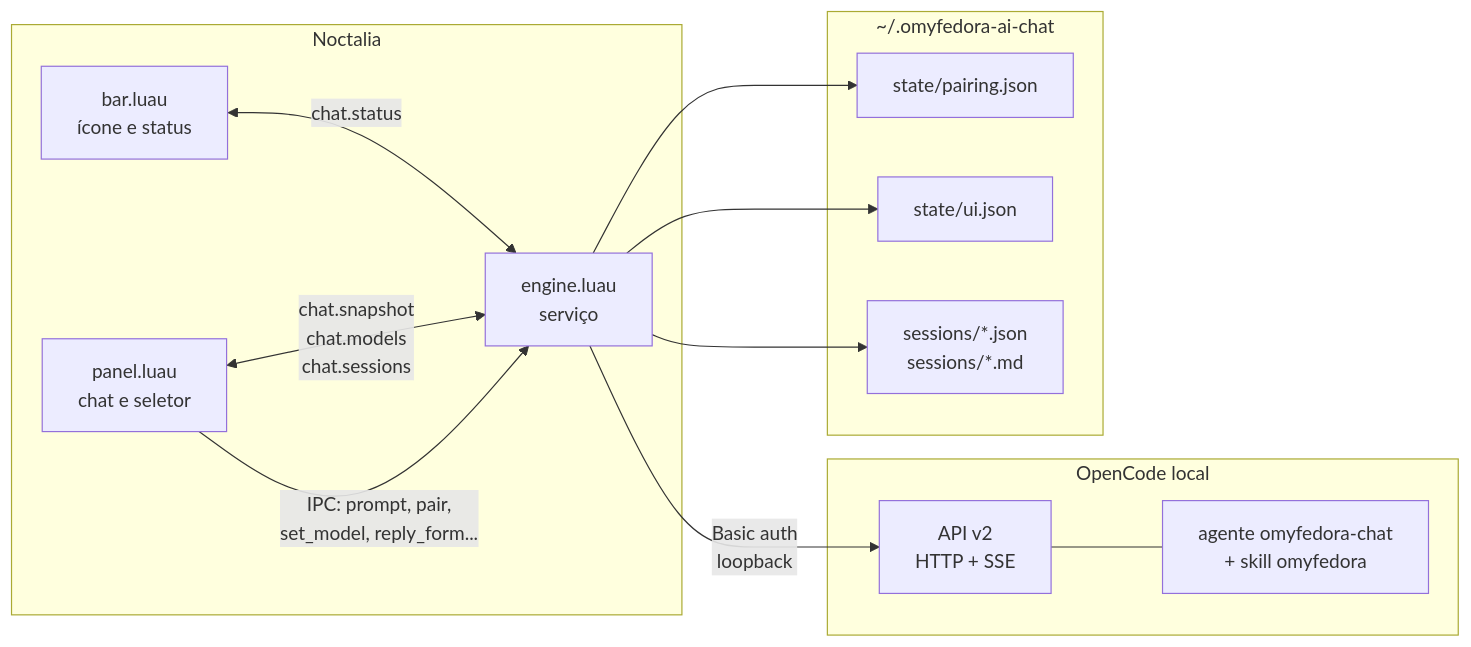
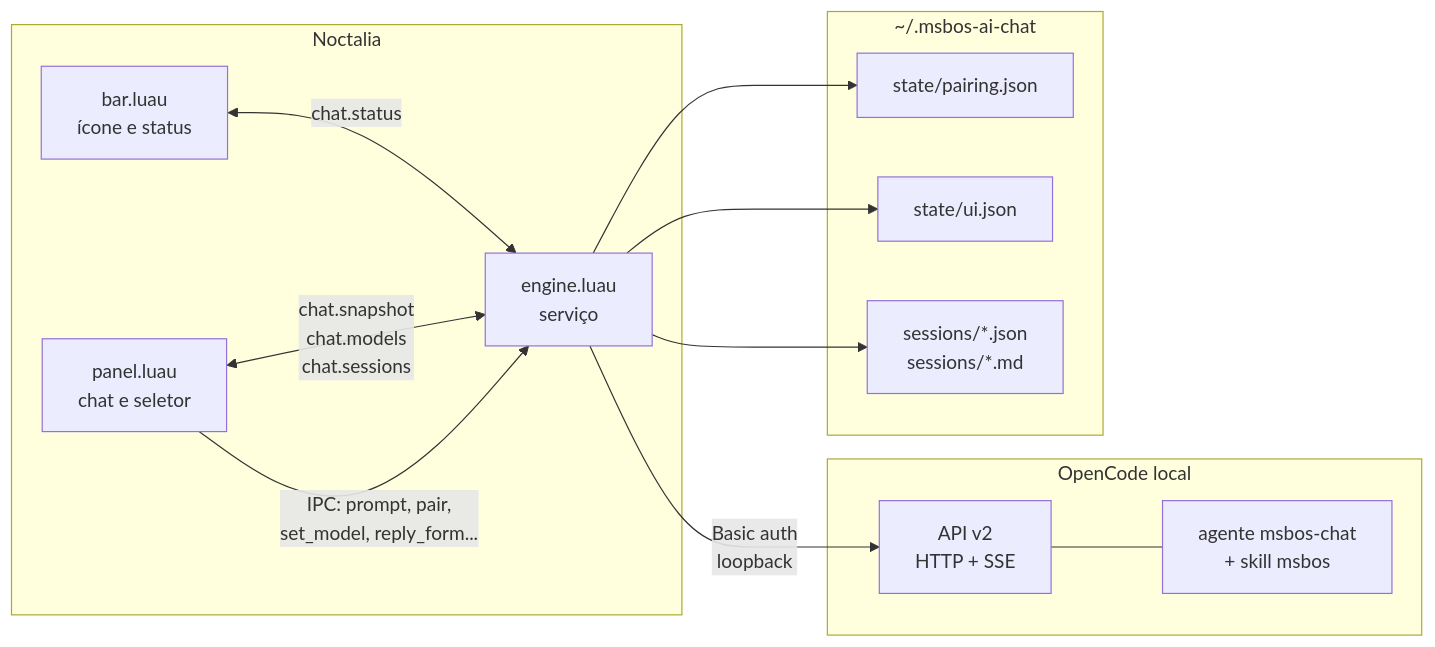
Before and after one commit to marcos2872/msbos-ai-chat: the diagram in docs/index.md, drawn with Mermaid. The commit also changed other lines of this file and 25 other files, not shown here.

First line of the commit message:
refactor: renomeia o plugin para msbos-ai-chat

````diff
--- a/docs/index.md
+++ b/docs/index.md
@@ -47,28 +47,28 @@
 ```mermaid
 flowchart LR
     subgraph Noctalia["Noctalia"]
         BAR["bar.luau<br/>ícone e status"]
         PANEL["panel.luau<br/>chat e seletor"]
         ENGINE["engine.luau<br/>serviço"]
         BAR <-->|"chat.status"| ENGINE
         PANEL <-->|"chat.snapshot<br/>chat.models<br/>chat.sessions"| ENGINE
         PANEL -->|"IPC: prompt, pair,<br/>set_model, reply_form..."| ENGINE
     end
 
     subgraph OpenCode["OpenCode local"]
         API["API v2<br/>HTTP + SSE"]
-        AGENT["agente omyfedora-chat<br/>+ skill omyfedora"]
+        AGENT["agente msbos-chat<br/>+ skill msbos"]
         API --- AGENT
     end
 
-    subgraph Disco["~/.omyfedora-ai-chat"]
+    subgraph Disco["~/.msbos-ai-chat"]
         PAIR["state/pairing.json"]
         UI["state/ui.json"]
         SESS["sessions/*.json<br/>sessions/*.md"]
     end
 
     ENGINE -->|"Basic auth<br/>loopback"| API
     ENGINE --> PAIR
     ENGINE --> UI
     ENGINE --> SESS
 ```
````
